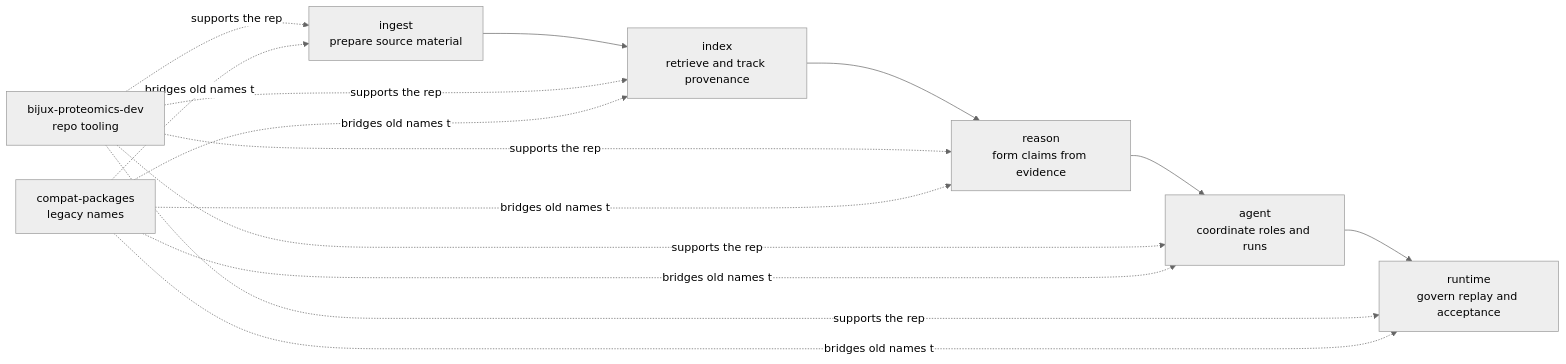
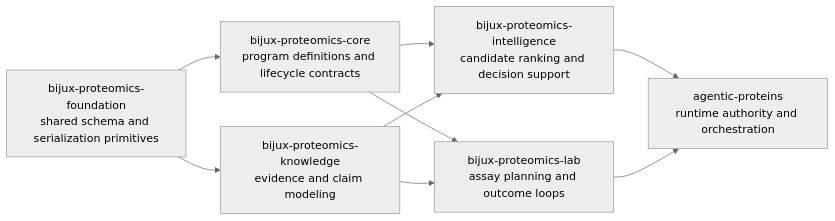
One commit to bijux/bijux-proteomics changed the diagram in docs/bijux-proteomics/package-map.md. Above: the diagram before and after it, drawn with Mermaid (neutral theme). The commit also changed other lines of this file and 3 other files, not shown here.

````diff
--- a/docs/bijux-proteomics/package-map.md
+++ b/docs/bijux-proteomics/package-map.md
@@ -17,22 +17,17 @@
 ```mermaid
 flowchart LR
-    ingest["ingest<br/>prepare source material"]
-    index["index<br/>retrieve and track provenance"]
-    reason["reason<br/>form claims from evidence"]
-    agent["agent<br/>coordinate roles and runs"]
-    runtime["runtime<br/>govern replay and acceptance"]
-    dev["bijux-proteomics-dev<br/>repo tooling"]
-    compat["compat-packages<br/>legacy names"]
+    runtime["agentic-proteins<br/>runtime authority and orchestration"]
+    foundation["bijux-proteomics-foundation<br/>shared schema and serialization primitives"]
+    core["bijux-proteomics-core<br/>program definitions and lifecycle contracts"]
+    intelligence["bijux-proteomics-intelligence<br/>candidate ranking and decision support"]
+    knowledge["bijux-proteomics-knowledge<br/>evidence and claim modeling"]
+    lab["bijux-proteomics-lab<br/>assay planning and outcome loops"]
 
-    ingest --> index --> reason --> agent --> runtime
-    dev -.supports the repo.-> ingest
-    dev -.supports the repo.-> index
-    dev -.supports the repo.-> reason
-    dev -.supports the repo.-> agent
-    dev -.supports the repo.-> runtime
-    compat -.bridges old names to.-> ingest
-    compat -.bridges old names to.-> index
-    compat -.bridges old names to.-> reason
-    compat -.bridges old names to.-> agent
-    compat -.bridges old names to.-> runtime
+    foundation --> core --> intelligence
+    foundation --> knowledge
+    core --> lab
+    knowledge --> intelligence
+    knowledge --> lab
+    intelligence --> runtime
+    lab --> runtime
 ```
````
